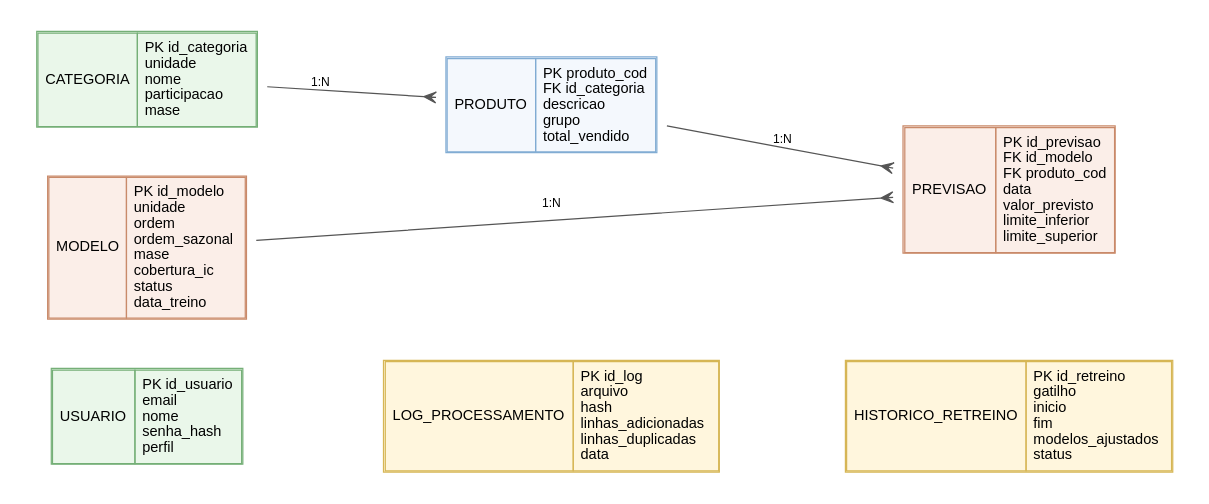
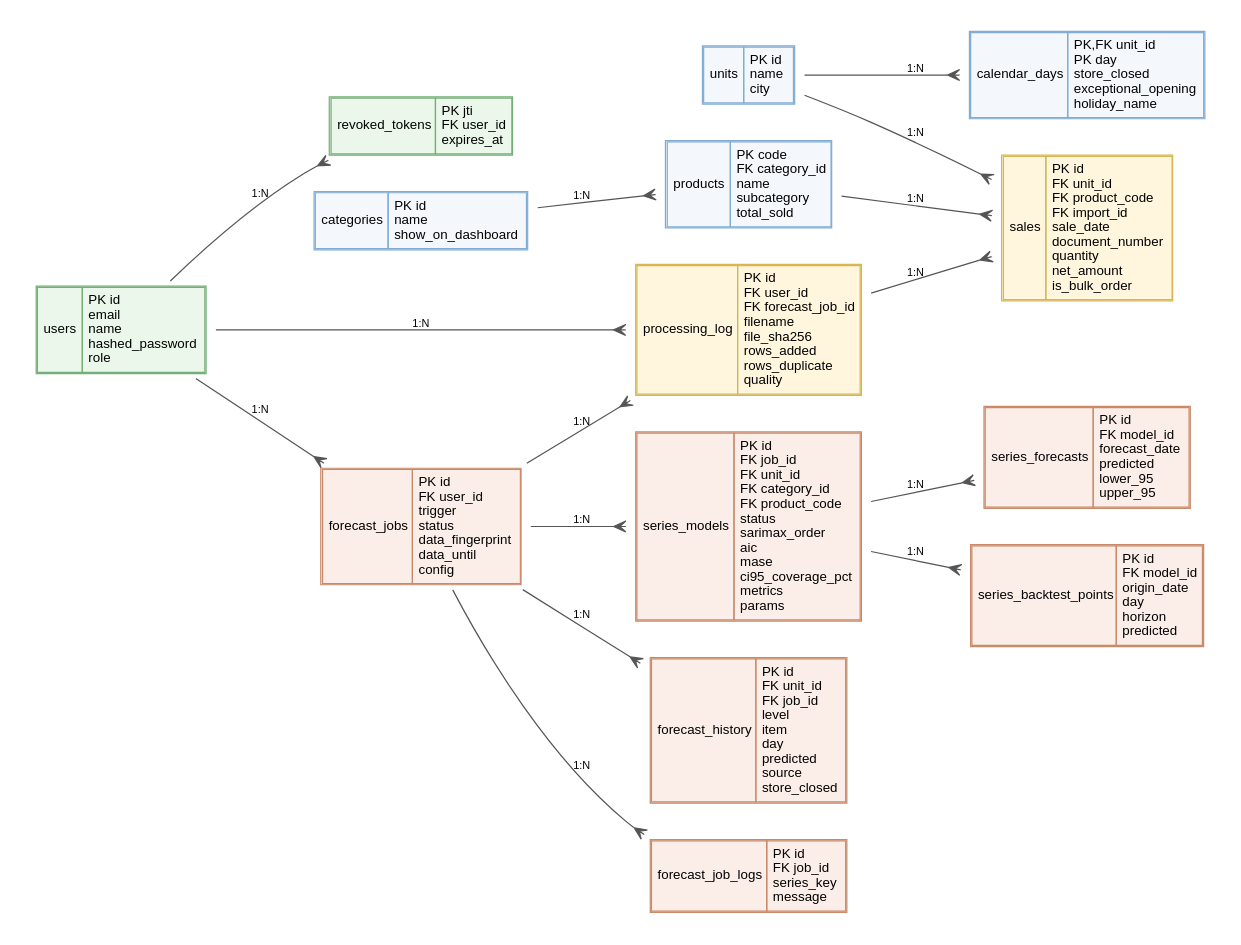
Before and after one commit to FelipeGA02/TCC---Inventory-Forecasting: the diagram in .claude/skills/artigo-tcc/diagramas/fig4_modelo_de_dados.dot, drawn with Graphviz. The commit also changed 28 other files, not shown here.

First line of the commit message:
docs(artigo): relatório técnico v4 e diagramas revisados

```diff
--- a/.claude/skills/artigo-tcc/diagramas/fig4_modelo_de_dados.dot
+++ b/.claude/skills/artigo-tcc/diagramas/fig4_modelo_de_dados.dot
@@ -1,18 +1,33 @@
 digraph ER {
-  rankdir=LR; nodesep=0.45; ranksep=1.0; pad=0.2;
-  node [shape=plaintext, fontname="Arial", fontsize=12];
-  edge [color="#555555", fontname="Arial", fontsize=10, arrowhead=crow, penwidth=1.0];
-  usuario [label=<<TABLE BORDER="1" CELLBORDER="1" CELLSPACING="0" CELLPADDING="5" BGCOLOR="#eaf7ea" COLOR="#75af77"><TR><TD>USUARIO</TD><TD ALIGN="LEFT" BALIGN="LEFT">PK id_usuario<BR/> email<BR/> nome<BR/> senha_hash<BR/> perfil</TD></TR></TABLE>>];
-  log [label=<<TABLE BORDER="1" CELLBORDER="1" CELLSPACING="0" CELLPADDING="5" BGCOLOR="#fff6dd" COLOR="#d6b655"><TR><TD>LOG_PROCESSAMENTO</TD><TD ALIGN="LEFT" BALIGN="LEFT">PK id_log<BR/> arquivo<BR/> hash<BR/> linhas_adicionadas<BR/> linhas_duplicadas<BR/> data</TD></TR></TABLE>>];
-  hist [label=<<TABLE BORDER="1" CELLBORDER="1" CELLSPACING="0" CELLPADDING="5" BGCOLOR="#fff6dd" COLOR="#d6b655"><TR><TD>HISTORICO_RETREINO</TD><TD ALIGN="LEFT" BALIGN="LEFT">PK id_retreino<BR/> gatilho<BR/> inicio<BR/> fim<BR/> modelos_ajustados<BR/> status</TD></TR></TABLE>>];
-  cat [label=<<TABLE BORDER="1" CELLBORDER="1" CELLSPACING="0" CELLPADDING="5" BGCOLOR="#eaf7ea" COLOR="#75af77"><TR><TD>CATEGORIA</TD><TD ALIGN="LEFT" BALIGN="LEFT">PK id_categoria<BR/> unidade<BR/> nome<BR/> participacao<BR/> mase</TD></TR></TABLE>>];
-  prod [label=<<TABLE BORDER="1" CELLBORDER="1" CELLSPACING="0" CELLPADDING="5" BGCOLOR="#f4f8fd" COLOR="#81acd3"><TR><TD>PRODUTO</TD><TD ALIGN="LEFT" BALIGN="LEFT">PK produto_cod<BR/>FK id_categoria<BR/> descricao<BR/> grupo<BR/> total_vendido</TD></TR></TABLE>>];
-  modelo [label=<<TABLE BORDER="1" CELLBORDER="1" CELLSPACING="0" CELLPADDING="5" BGCOLOR="#fbeee8" COLOR="#c98a6a"><TR><TD>MODELO</TD><TD ALIGN="LEFT" BALIGN="LEFT">PK id_modelo<BR/> unidade<BR/> ordem<BR/> ordem_sazonal<BR/> mase<BR/> cobertura_ic<BR/> status<BR/> data_treino</TD></TR></TABLE>>];
-  prev [label=<<TABLE BORDER="1" CELLBORDER="1" CELLSPACING="0" CELLPADDING="5" BGCOLOR="#fbeee8" COLOR="#c98a6a"><TR><TD>PREVISAO</TD><TD ALIGN="LEFT" BALIGN="LEFT">PK id_previsao<BR/>FK id_modelo<BR/>FK produto_cod<BR/> data<BR/> valor_previsto<BR/> limite_inferior<BR/> limite_superior</TD></TR></TABLE>>];
-  cat -> prod [label="1:N"];
-  prod -> prev [label="1:N"];
-  modelo -> prev [label="1:N"];
-  usuario -> log -> hist [style=invis];
-  {rank=same; usuario; cat; modelo;}
-  {rank=same; log; prod;}
+  rankdir=LR; nodesep=0.3; ranksep=0.8; pad=0.2;
+  node [shape=plaintext, fontname="Arial", fontsize=11];
+  edge [color="#555555", fontname="Arial", fontsize=9, arrowhead=crow, penwidth=1.0];
+  users [label=<<TABLE BORDER="1" CELLBORDER="1" CELLSPACING="0" CELLPADDING="4" BGCOLOR="#eaf7ea" COLOR="#75af77"><TR><TD>users</TD><TD ALIGN="LEFT" BALIGN="LEFT">PK id<BR/> email<BR/> name<BR/> hashed_password<BR/> role</TD></TR></TABLE>>];
+  revoked [label=<<TABLE BORDER="1" CELLBORDER="1" CELLSPACING="0" CELLPADDING="4" BGCOLOR="#eaf7ea" COLOR="#75af77"><TR><TD>revoked_tokens</TD><TD ALIGN="LEFT" BALIGN="LEFT">PK jti<BR/>FK user_id<BR/> expires_at</TD></TR></TABLE>>];
+  units [label=<<TABLE BORDER="1" CELLBORDER="1" CELLSPACING="0" CELLPADDING="4" BGCOLOR="#f4f8fd" COLOR="#81acd3"><TR><TD>units</TD><TD ALIGN="LEFT" BALIGN="LEFT">PK id<BR/> name<BR/> city</TD></TR></TABLE>>];
+  categories [label=<<TABLE BORDER="1" CELLBORDER="1" CELLSPACING="0" CELLPADDING="4" BGCOLOR="#f4f8fd" COLOR="#81acd3"><TR><TD>categories</TD><TD ALIGN="LEFT" BALIGN="LEFT">PK id<BR/> name<BR/> show_on_dashboard</TD></TR></TABLE>>];
+  products [label=<<TABLE BORDER="1" CELLBORDER="1" CELLSPACING="0" CELLPADDING="4" BGCOLOR="#f4f8fd" COLOR="#81acd3"><TR><TD>products</TD><TD ALIGN="LEFT" BALIGN="LEFT">PK code<BR/>FK category_id<BR/> name<BR/> subcategory<BR/> total_sold</TD></TR></TABLE>>];
+  calendar [label=<<TABLE BORDER="1" CELLBORDER="1" CELLSPACING="0" CELLPADDING="4" BGCOLOR="#f4f8fd" COLOR="#81acd3"><TR><TD>calendar_days</TD><TD ALIGN="LEFT" BALIGN="LEFT">PK,FK unit_id<BR/>PK day<BR/> store_closed<BR/> exceptional_opening<BR/> holiday_name</TD></TR></TABLE>>];
+  plog [label=<<TABLE BORDER="1" CELLBORDER="1" CELLSPACING="0" CELLPADDING="4" BGCOLOR="#fff6dd" COLOR="#d6b655"><TR><TD>processing_log</TD><TD ALIGN="LEFT" BALIGN="LEFT">PK id<BR/>FK user_id<BR/>FK forecast_job_id<BR/> filename<BR/> file_sha256<BR/> rows_added<BR/> rows_duplicate<BR/> quality</TD></TR></TABLE>>];
+  sales [label=<<TABLE BORDER="1" CELLBORDER="1" CELLSPACING="0" CELLPADDING="4" BGCOLOR="#fff6dd" COLOR="#d6b655"><TR><TD>sales</TD><TD ALIGN="LEFT" BALIGN="LEFT">PK id<BR/>FK unit_id<BR/>FK product_code<BR/>FK import_id<BR/> sale_date<BR/> document_number<BR/> quantity<BR/> net_amount<BR/> is_bulk_order</TD></TR></TABLE>>];
+  jobs [label=<<TABLE BORDER="1" CELLBORDER="1" CELLSPACING="0" CELLPADDING="4" BGCOLOR="#fbeee8" COLOR="#c98a6a"><TR><TD>forecast_jobs</TD><TD ALIGN="LEFT" BALIGN="LEFT">PK id<BR/>FK user_id<BR/> trigger<BR/> status<BR/> data_fingerprint<BR/> data_until<BR/> config</TD></TR></TABLE>>];
+  jlogs [label=<<TABLE BORDER="1" CELLBORDER="1" CELLSPACING="0" CELLPADDING="4" BGCOLOR="#fbeee8" COLOR="#c98a6a"><TR><TD>forecast_job_logs</TD><TD ALIGN="LEFT" BALIGN="LEFT">PK id<BR/>FK job_id<BR/> series_key<BR/> message</TD></TR></TABLE>>];
+  models [label=<<TABLE BORDER="1" CELLBORDER="1" CELLSPACING="0" CELLPADDING="4" BGCOLOR="#fbeee8" COLOR="#c98a6a"><TR><TD>series_models</TD><TD ALIGN="LEFT" BALIGN="LEFT">PK id<BR/>FK job_id<BR/>FK unit_id<BR/>FK category_id<BR/>FK product_code<BR/> status<BR/> sarimax_order<BR/> aic<BR/> mase<BR/> ci95_coverage_pct<BR/> metrics<BR/> params</TD></TR></TABLE>>];
+  fcst [label=<<TABLE BORDER="1" CELLBORDER="1" CELLSPACING="0" CELLPADDING="4" BGCOLOR="#fbeee8" COLOR="#c98a6a"><TR><TD>series_forecasts</TD><TD ALIGN="LEFT" BALIGN="LEFT">PK id<BR/>FK model_id<BR/> forecast_date<BR/> predicted<BR/> lower_95<BR/> upper_95</TD></TR></TABLE>>];
+  bt [label=<<TABLE BORDER="1" CELLBORDER="1" CELLSPACING="0" CELLPADDING="4" BGCOLOR="#fbeee8" COLOR="#c98a6a"><TR><TD>series_backtest_points</TD><TD ALIGN="LEFT" BALIGN="LEFT">PK id<BR/>FK model_id<BR/> origin_date<BR/> day<BR/> horizon<BR/> predicted</TD></TR></TABLE>>];
+  hist [label=<<TABLE BORDER="1" CELLBORDER="1" CELLSPACING="0" CELLPADDING="4" BGCOLOR="#fbeee8" COLOR="#c98a6a"><TR><TD>forecast_history</TD><TD ALIGN="LEFT" BALIGN="LEFT">PK id<BR/>FK unit_id<BR/>FK job_id<BR/> level<BR/> item<BR/> day<BR/> predicted<BR/> source<BR/> store_closed</TD></TR></TABLE>>];
+  users -> revoked [label="1:N"];
+  users -> plog [label="1:N"];
+  users -> jobs [label="1:N"];
+  categories -> products [label="1:N"];
+  units -> calendar [label="1:N"];
+  units -> sales [label="1:N"];
+  products -> sales [label="1:N"];
+  plog -> sales [label="1:N"];
+  jobs -> plog [label="1:N"];
+  jobs -> jlogs [label="1:N"];
+  jobs -> models [label="1:N"];
+  jobs -> hist [label="1:N"];
+  models -> fcst [label="1:N"];
+  models -> bt [label="1:N"];
 }
```
